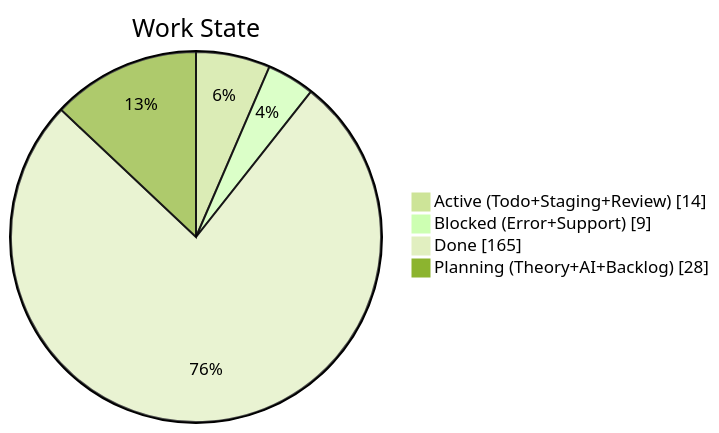
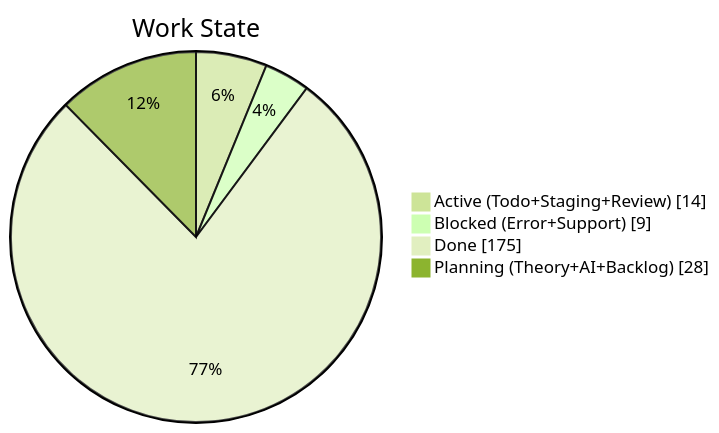
The second of 4 diagrams in apps/kbve/astro-kbve/src/content/docs/dashboard/kanban-data.mdx (KBVE/kbve), drawn with Mermaid (forest theme) before and after one commit. The commit also changed other lines of this file and 8 other files, not shown here.

````diff
--- a/apps/kbve/astro-kbve/src/content/docs/dashboard/kanban-data.mdx
+++ b/apps/kbve/astro-kbve/src/content/docs/dashboard/kanban-data.mdx
@@ -68,8 +68,8 @@
 ```mermaid
 pie showData
     title Work State
     "Active (Todo+Staging+Review)" : 14
     "Blocked (Error+Support)" : 9
-    "Done" : 165
+    "Done" : 175
     "Planning (Theory+AI+Backlog)" : 28
 ```
````
